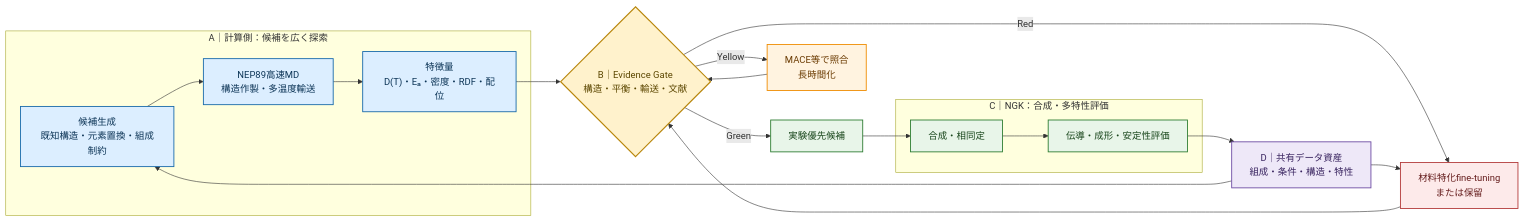
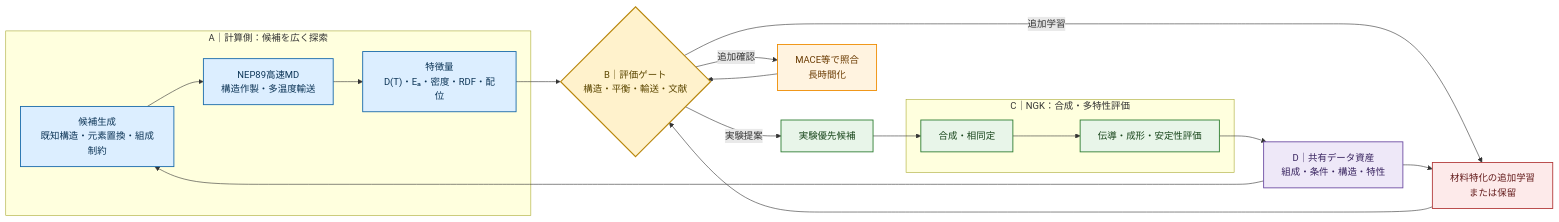
Before and after one commit to Long-Brian-Yang/li-research: the sixth of 9 diagrams in docs/presentations/pretrained_potential_screening_proposal_7min_ja.md, drawn with Mermaid. The commit also changed other lines of this file, not shown here.

````diff
--- a/docs/presentations/pretrained_potential_screening_proposal_7min_ja.md
+++ b/docs/presentations/pretrained_potential_screening_proposal_7min_ja.md
@@ -528,35 +528,35 @@
 ```mermaid
 flowchart LR
     subgraph CALC["A｜計算側：候補を広く探索"]
         A1["候補生成<br/>既知構造・元素置換・組成制約"] --> A2["NEP89高速MD<br/>構造作製・多温度輸送"]
         A2 --> A3["特徴量<br/>D(T)・Eₐ・密度・RDF・配位"]
     end
 
-    A3 --> B{"B｜Evidence Gate<br/>構造・平衡・輸送・文献"}
-    B -->|"Green"| C1["実験優先候補"]
-    B -->|"Yellow"| C2["MACE等で照合<br/>長時間化"]
-    B -->|"Red"| C3["材料特化fine-tuning<br/>または保留"]
+    A3 --> B{"B｜評価ゲート<br/>構造・平衡・輸送・文献"}
+    B -->|"実験提案"| C1["実験優先候補"]
+    B -->|"追加確認"| C2["MACE等で照合<br/>長時間化"]
+    B -->|"追加学習"| C3["材料特化の追加学習<br/>または保留"]
     C2 --> B
     C3 --> B
 
     subgraph EXP["C｜NGK：合成・多特性評価"]
         E1["合成・相同定"] --> E2["伝導・成形・安定性評価"]
     end
     C1 --> E1
     E2 --> F["D｜共有データ資産<br/>組成・条件・構造・特性"]
     F --> A1
     F --> C3
 
     classDef calc fill:#dceeff,stroke:#1769aa,color:#0d3557,stroke-width:1.5px;
     classDef gate fill:#fff2cc,stroke:#b8860b,color:#5c4700,stroke-width:2px;
     classDef good fill:#e8f5e9,stroke:#2e7d32,color:#17451a,stroke-width:1.5px;
     classDef review fill:#fff3e0,stroke:#ef8c00,color:#6a3a00,stroke-width:1.5px;
     classDef retrain fill:#fdeaea,stroke:#b33a3a,color:#651d1d,stroke-width:1.5px;
     classDef data fill:#eee8f8,stroke:#6d4ca3,color:#38235f,stroke-width:1.5px;
     class A1,A2,A3 calc;
     class B gate;
     class C1,E1,E2 good;
     class C2 review;
     class C3 retrain;
     class F data;
 ```
````
